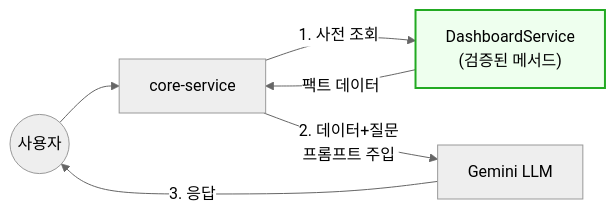
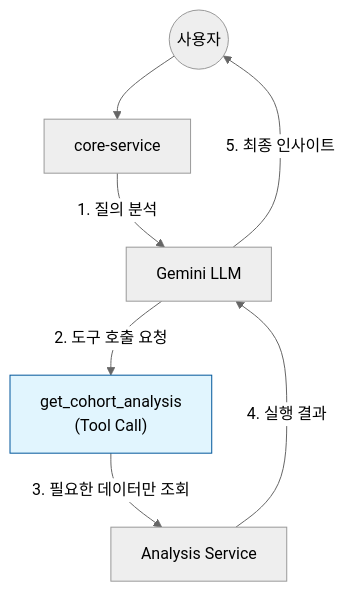
Diagram 14 of 14 in docs/PORTFOLIO_DIAGRAMS.md (NileTheKing/marketing-intelligence-platform), drawn with Mermaid (neutral theme) before and after one commit. The commit also changed other lines of this file and 1 other file, not shown here.

First line of the commit message:
feat(llm): implement hybrid architecture with RAG and Native Function Calling

````diff
--- a/docs/PORTFOLIO_DIAGRAMS.md
+++ b/docs/PORTFOLIO_DIAGRAMS.md
@@ -335,11 +336,11 @@
 ```mermaid
-flowchart LR
+flowchart TD
     User(("사용자")) --> Server["core-service"]
-    Server -->|"1. 사전 조회"| API["DashboardService<br/>(검증된 메서드)"]
-    API -->|"팩트 데이터"| Server
-    Server -->|"2. 데이터+질문<br/>프롬프트 주입"| LLM["Gemini LLM"]
-    LLM -->|"3. 응답"| User
+    Server -->|"1. 질의 분석"| LLM["Gemini LLM"]
+    LLM -->|"2. 도구 호출 요청"| ToolCall["get_cohort_analysis<br/>(Tool Call)"]
+    ToolCall -->|"3. 필요한 데이터만 조회"| API["Analysis Service"]
+    API -->|"4. 실행 결과"| LLM
+    LLM -->|"5. 최종 인사이트"| User
 
-    classDef success fill:#efe,stroke:#2a2,stroke-width:2px;
-    class API success;
+    style ToolCall fill:#e1f5fe,stroke:#01579b;
 ```
````
